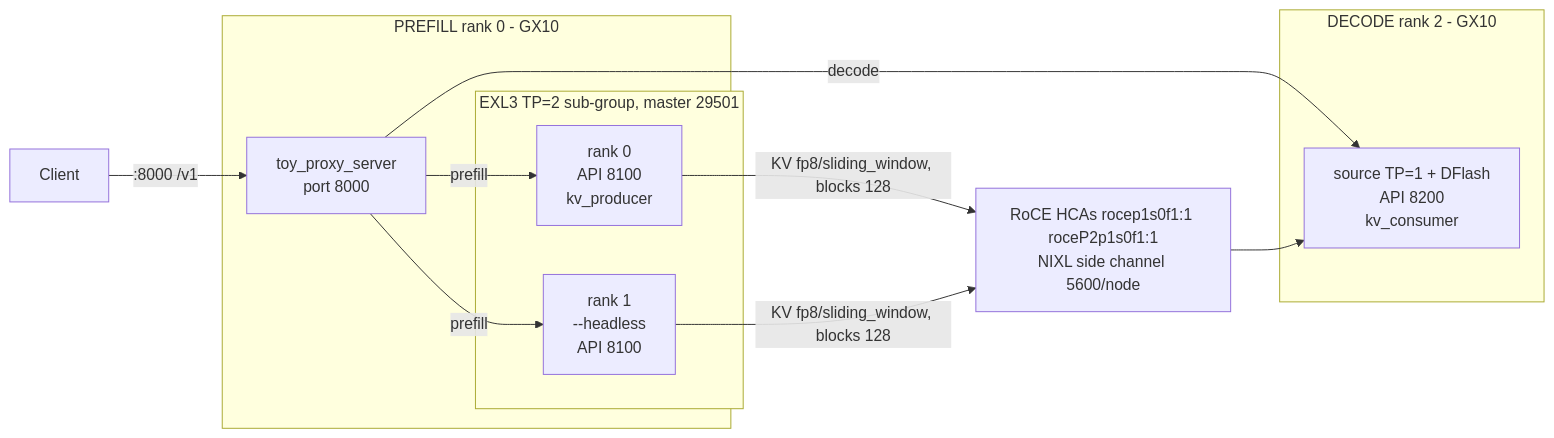
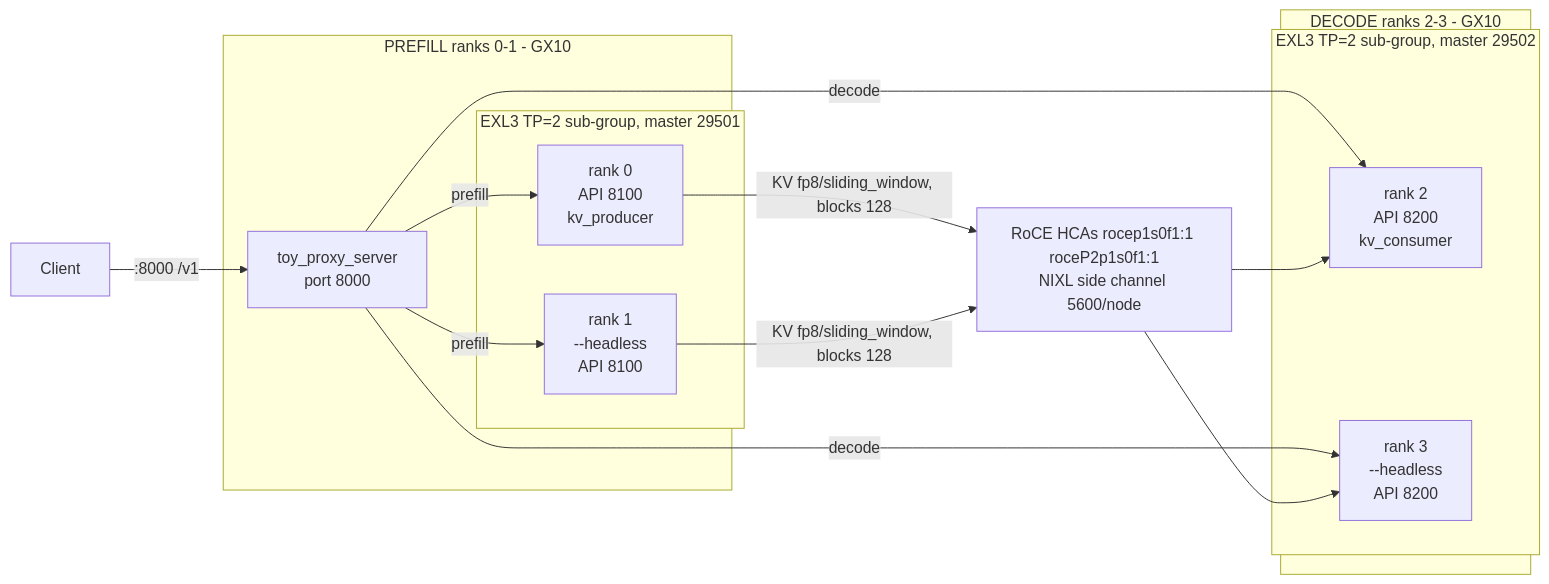
Before and after one commit to jpfulton-fultonengineeringservices/spark-vllm-docker: the diagram in mods/pd-disagg/README.md, drawn with Mermaid. The commit also changed other lines of this file and 2 other files, not shown here.

````diff
--- a/mods/pd-disagg/README.md
+++ b/mods/pd-disagg/README.md
@@ -29,20 +31,23 @@
 ```mermaid
 flowchart LR
-  subgraph P0[PREFILL rank 0 - GX10]
-    subgraph TP2[EXL3 TP=2 sub-group, master 29501]
+  subgraph P0[PREFILL ranks 0-1 - GX10]
+    subgraph TP2P[EXL3 TP=2 sub-group, master 29501]
       P0R["rank 0<br/>API 8100<br/>kv_producer"]
       P1R["rank 1<br/>--headless<br/>API 8100"]
     end
     RT["toy_proxy_server<br/>port 8000"]
   end
-  subgraph P2[DECODE rank 2 - GX10]
-    DR["source TP=1 + DFlash<br/>API 8200<br/>kv_consumer"]
+  subgraph P2[DECODE ranks 2-3 - GX10]
+    subgraph TP2D[EXL3 TP=2 sub-group, master 29502]
+      P2R["rank 2<br/>API 8200<br/>kv_consumer"]
+      P3R["rank 3<br/>--headless<br/>API 8200"]
+    end
   end
   NET["RoCE HCAs rocep1s0f1:1 roceP2p1s0f1:1<br/>NIXL side channel 5600/node"]
 
   Client -->|:8000 /v1| RT
   RT -->|prefill| P0R & P1R
-  RT -->|decode| DR
+  RT -->|decode| P2R & P3R
   P0R & P1R -->|KV fp8/sliding_window, blocks 128| NET
-  NET --> DR
+  NET --> P2R & P3R
 ```
````
